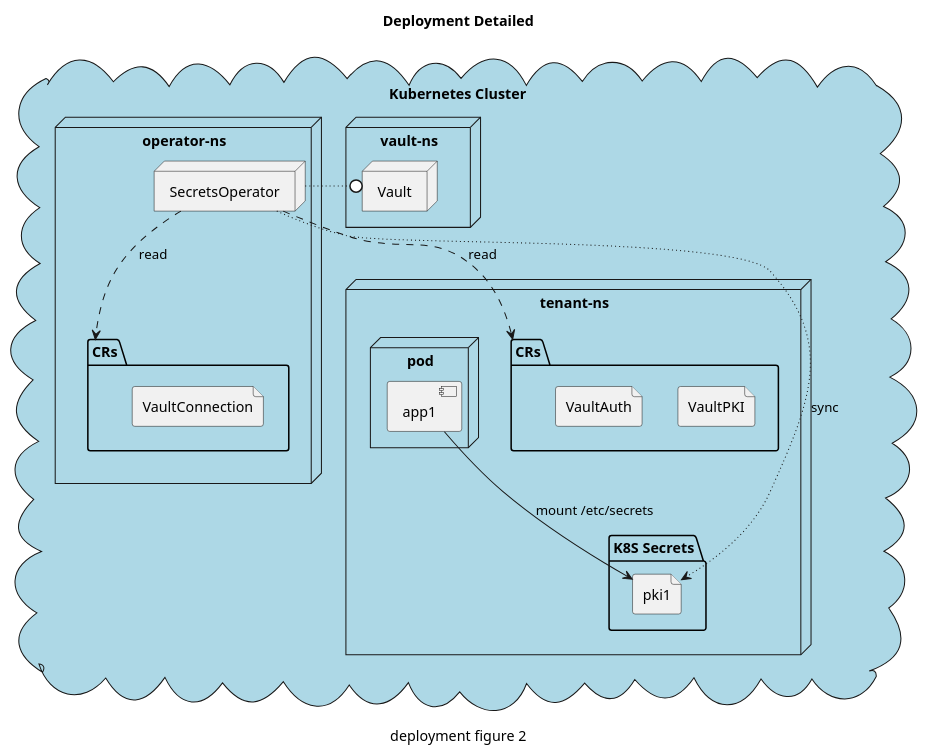
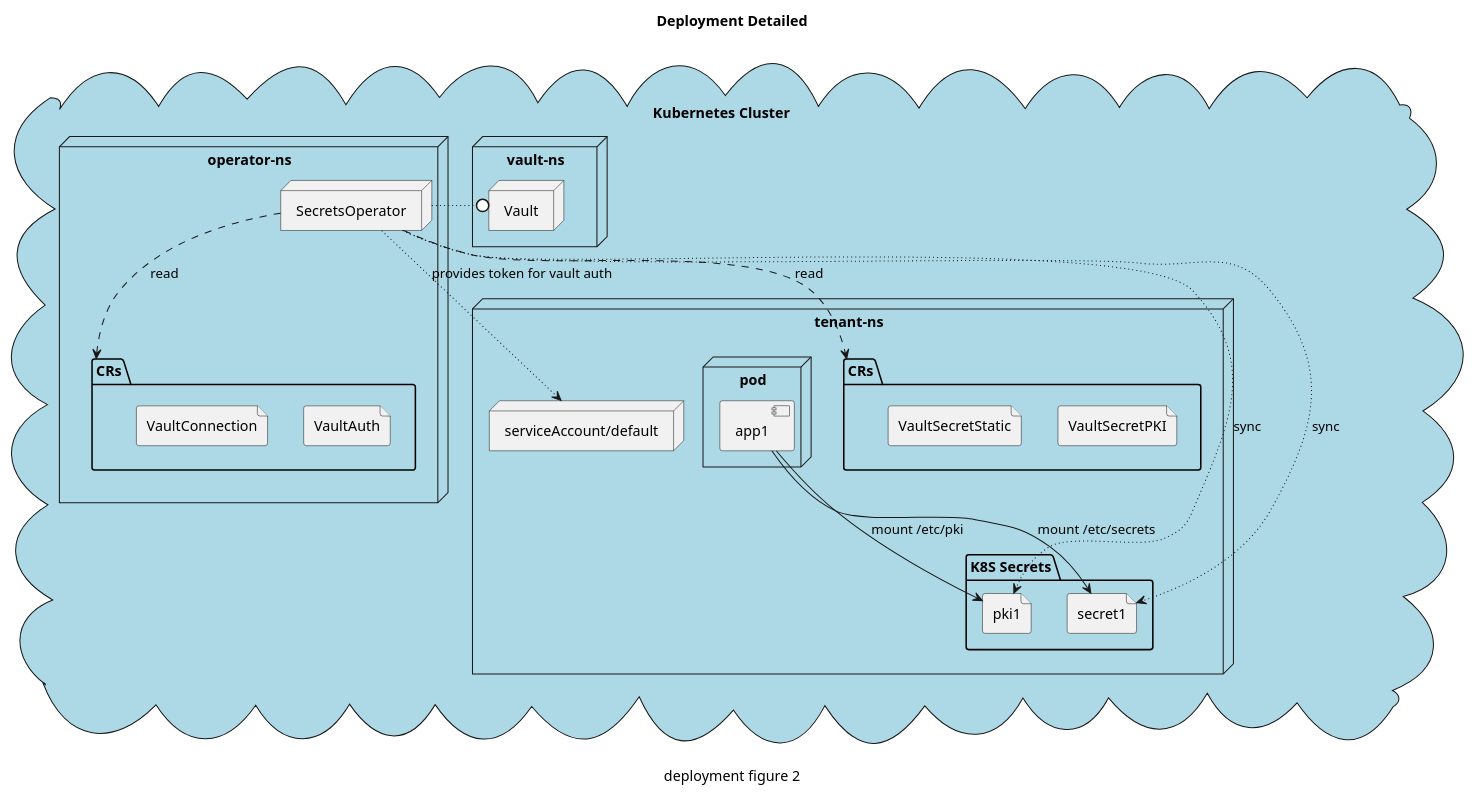
Before and after one commit to hashicorp/vault-secrets-operator: the third of 4 diagrams in docs/diags/deployment.puml, drawn with PlantUML. The commit also changed other lines of this file, not shown here.

Commit message:
Update plantuml diags for RFC release

```diff
--- a/docs/diags/deployment.puml
+++ b/docs/diags/deployment.puml
@@ -77,34 +77,40 @@
 @startuml
 title Deployment Detailed
 cloud "Kubernetes Cluster"#LightBlue {
     node vault-ns {
         node Vault as vault
     }
     node operator-ns {
         folder CRs as crs1 {
-            file "VaultConnection"
+            file "VaultAuth" as auth
+            file "VaultConnection" as conn
         }
         node SecretsOperator as operator
     }
+
     operator -[dashed]-> crs1 : read
     operator -[dotted]0 vault
 
     node tenant-ns {
+        node "serviceAccount/default" as sa
         folder CRs {
-            file "VaultPKI"
-            file "VaultAuth"
+            file "VaultSecretPKI"
+            file "VaultSecretStatic"
         }
         folder "K8S Secrets" {
-            file "pki1" as secret1
+            file "pki1" as pki1
+            file "secret1" as secret1
         }
         node pod as pod1 {
             component app1
         }
+        app1 --> pki1 : mount /etc/pki
         app1 --> secret1 : mount /etc/secrets
     }
     operator -[dashed]-> CRs : read
+    operator -[dotted]-> pki1 : sync
     operator -[dotted]-> secret1 : sync
-
+    operator -[dotted]-> sa : provides token for vault auth
 }
 caption deployment figure 2
 @enduml
```
